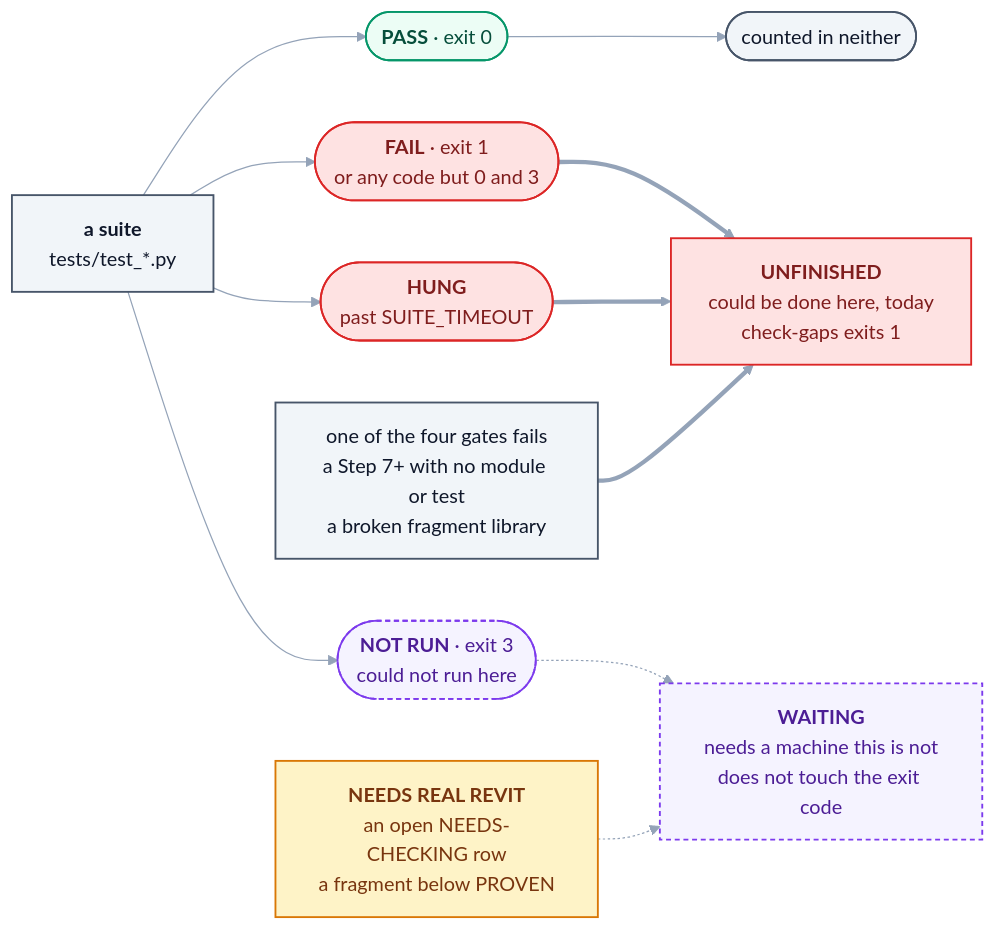
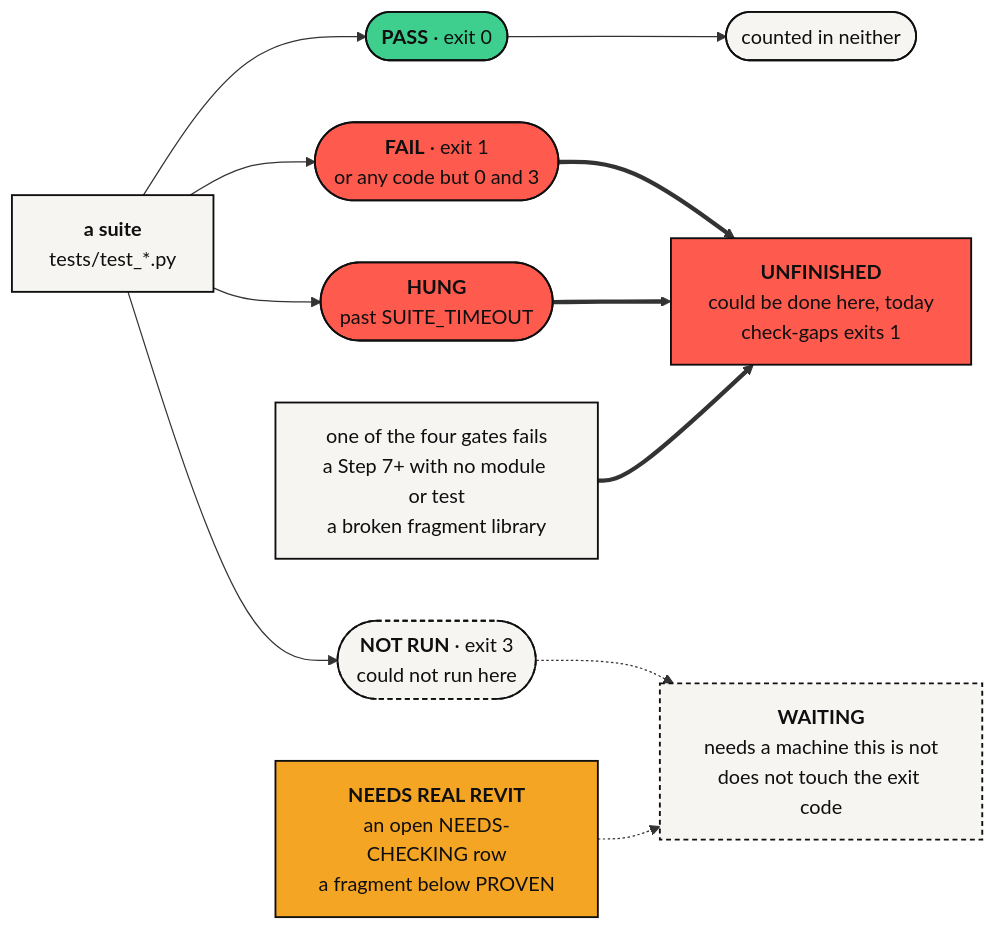
The diagram in tests/README.md (Ajmalpshaik/Heron-AI), drawn with Mermaid before and after one commit. The commit also changed 44 other files, not shown here.

First line of the commit message:
Diagrams in the other docs move to the brand palette (D-149, #1116)

````diff
--- a/tests/README.md
+++ b/tests/README.md
@@ -65,33 +65,32 @@
 ```mermaid
-%%{init: {"themeVariables": {"edgeLabelBackground":"#F1F5F9","lineColor":"#94A3B8","textColor":"#0F172A","tertiaryTextColor":"#0F172A"}}}%%
 flowchart LR
     SU["<b>a suite</b><br/>tests/test_*.py"]
     P(["<b>PASS</b> · exit 0"])
     F(["<b>FAIL</b> · exit 1<br/>or any code but 0 and 3"])
     H(["<b>HUNG</b><br/>past SUITE_TIMEOUT"])
     N(["<b>NOT RUN</b> · exit 3<br/>could not run here"])
     CK["one of the four gates fails<br/>a Step 7+ with no module or test<br/>a broken fragment library"]
     RV["<b>NEEDS REAL REVIT</b><br/>an open NEEDS-CHECKING row<br/>a fragment below PROVEN"]
     UN["<b>UNFINISHED</b><br/>could be done here, today<br/>check-gaps exits 1"]
     WA["<b>WAITING</b><br/>needs a machine this is not<br/>does not touch the exit code"]
     OK(["counted in neither"])
 
     SU --> P & F & H & N
     P --> OK
     F ==> UN
     H ==> UN
     CK ==> UN
     N -.-> WA
     RV -.-> WA
 
-    classDef user fill:#F1F5F9,stroke:#475569,stroke-width:1.5px,color:#0F172A
-    classDef brain fill:#ECFDF5,stroke:#059669,stroke-width:1.5px,color:#064E3B
-    classDef addin fill:#FEF3C7,stroke:#D97706,stroke-width:1.5px,color:#78350F
-    classDef revit fill:#FEE2E2,stroke:#DC2626,stroke-width:1.5px,color:#7F1D1D
-    classDef plat fill:#F5F3FF,stroke:#7C3AED,stroke-width:1.5px,color:#4C1D95,stroke-dasharray:4 3
+    classDef user fill:#F7F5F2,stroke:#0F0F10,stroke-width:1.5px,color:#0F0F10
+    classDef brain fill:#3ECF8E,stroke:#0F0F10,stroke-width:1.5px,color:#0F0F10
+    classDef addin fill:#F5A524,stroke:#0F0F10,stroke-width:1.5px,color:#0F0F10
+    classDef revit fill:#FF5A4E,stroke:#0F0F10,stroke-width:1.5px,color:#0F0F10
+    classDef plat fill:#F7F5F2,stroke:#0F0F10,stroke-width:1.5px,color:#0F0F10,stroke-dasharray:4 3
     class SU,CK,OK user
     class P brain
     class F,H,UN revit
     class N,WA plat
     class RV addin
 ```
````
